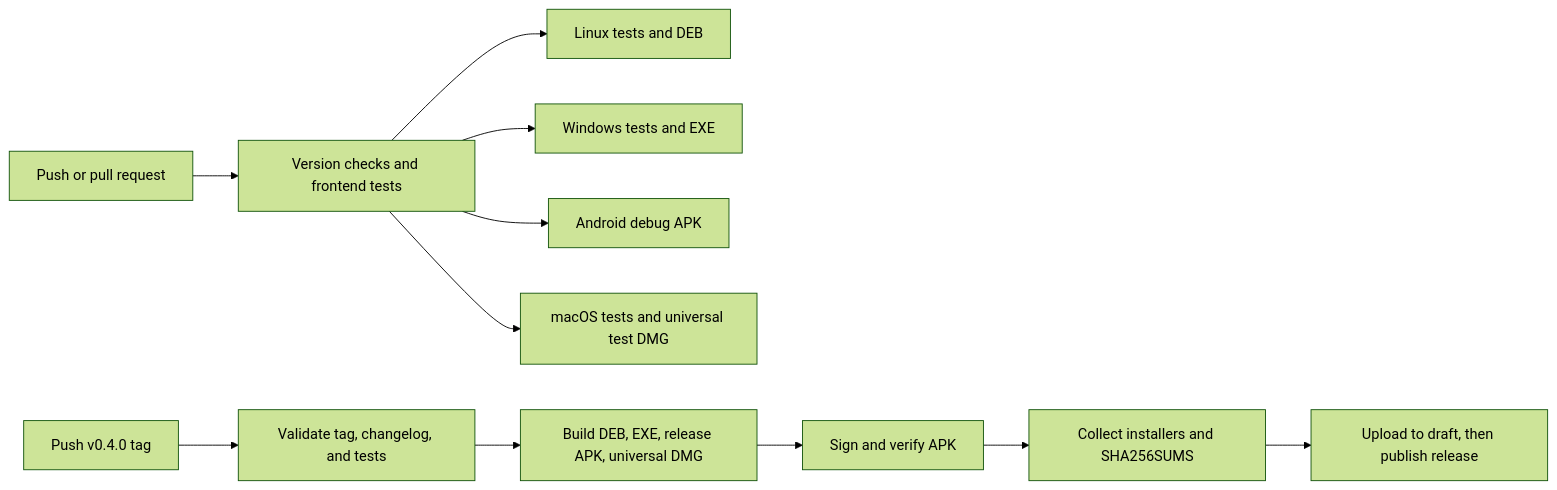
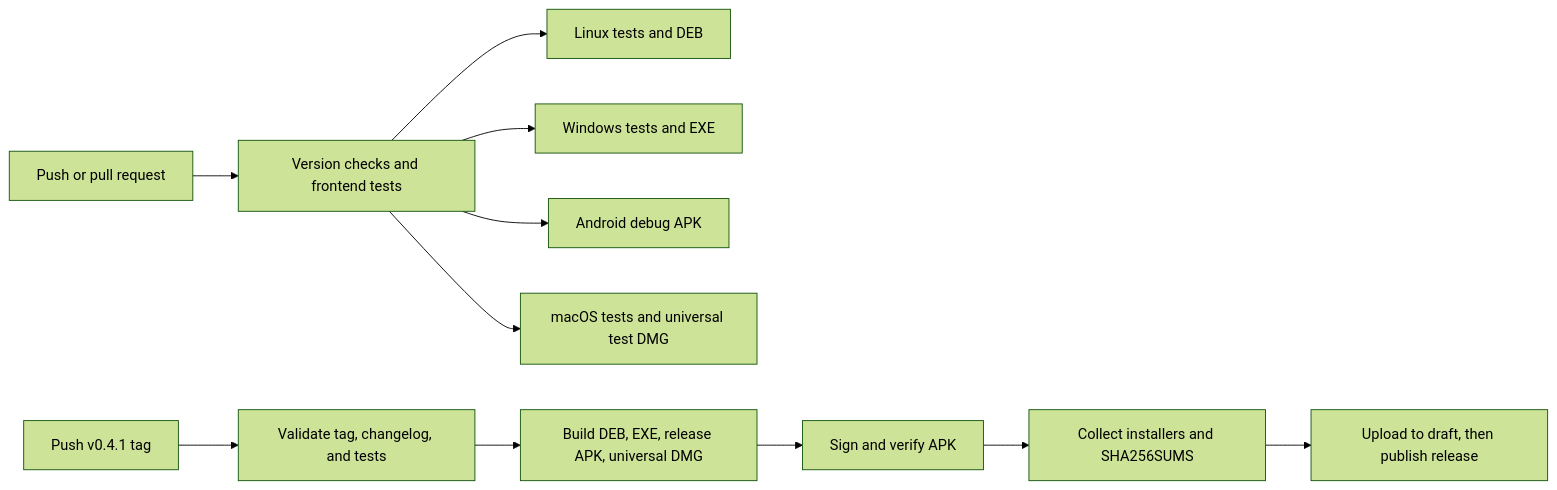
The diagram in docs/github-releases.md (shahabbai/PulseDrop), drawn with Mermaid (forest theme) before and after one commit. The commit also changed other lines of this file and 17 other files, not shown here.

````diff
--- a/docs/github-releases.md
+++ b/docs/github-releases.md
@@ -9,13 +9,13 @@
 ```mermaid
 flowchart LR
     A[Push or pull request] --> B[Version checks and frontend tests]
     B --> C[Linux tests and DEB]
     B --> D[Windows tests and EXE]
     B --> E[Android debug APK]
     B --> M[macOS tests and universal test DMG]
-    F[Push v0.4.0 tag] --> G[Validate tag, changelog, and tests]
+    F[Push v0.4.1 tag] --> G[Validate tag, changelog, and tests]
     G --> H[Build DEB, EXE, release APK, universal DMG]
     H --> I[Sign and verify APK]
     I --> J[Collect installers and SHA256SUMS]
     J --> K[Upload to draft, then publish release]
 ```
````
